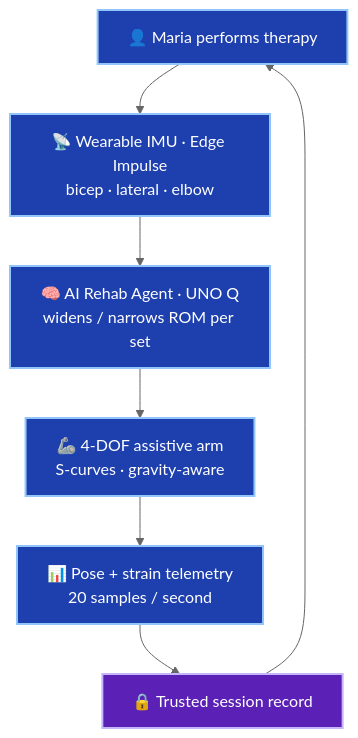
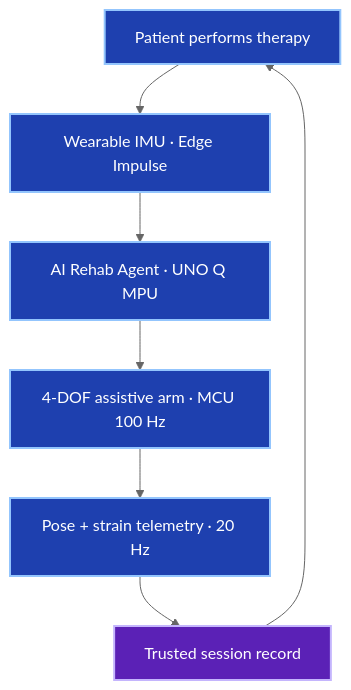
One commit to altaga/Armic changed the diagram in README.md. Above: the diagram before and after it, drawn with Mermaid (neutral theme). The commit also changed other lines of this file and 35 other files, not shown here.

````diff
--- a/README.md
+++ b/README.md
@@ -111,16 +58,16 @@
 ```mermaid
 flowchart TD
-    A["👤 Maria performs therapy"]
-    B["📡 Wearable IMU · Edge Impulse\nbicep · lateral · elbow"]
-    C["🧠 AI Rehab Agent · UNO Q\nwidens / narrows ROM per set"]
-    D["🦾 4-DOF assistive arm\nS-curves · gravity-aware"]
-    E["📊 Pose + strain telemetry\n20 samples / second"]
-    F["🔒 Trusted session record"]
+    A["Patient performs therapy"]
+    B["Wearable IMU · Edge Impulse"]
+    C["AI Rehab Agent · UNO Q MPU"]
+    D["4-DOF assistive arm · MCU 100 Hz"]
+    E["Pose + strain telemetry · 20 Hz"]
+    F["Trusted session record"]
 
     A --> B --> C --> D --> E --> F --> A
 
     classDef step fill:#1e40af,color:#ffffff,stroke:#93c5fd,stroke-width:2px
     classDef record fill:#5b21b6,color:#ffffff,stroke:#c4b5fd,stroke-width:2px
     class A,B,C,D,E step
     class F record
 ```
````
